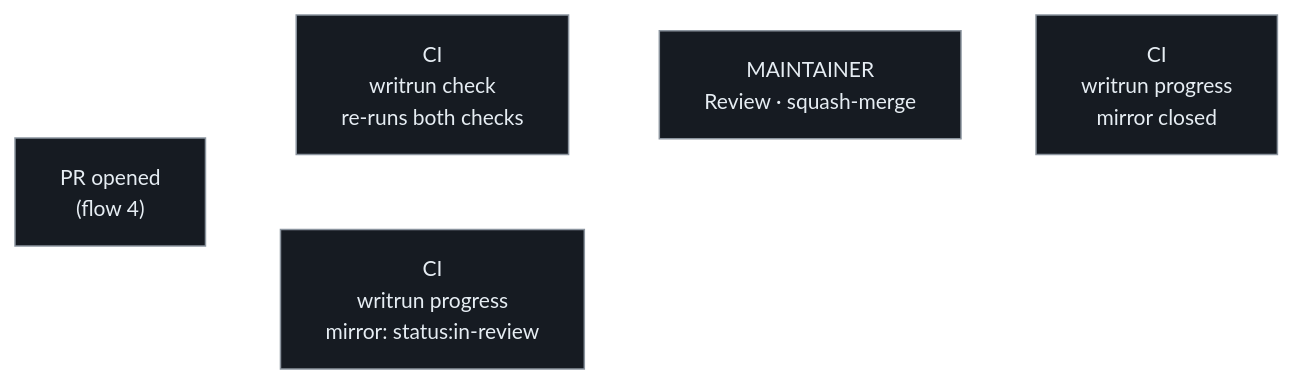
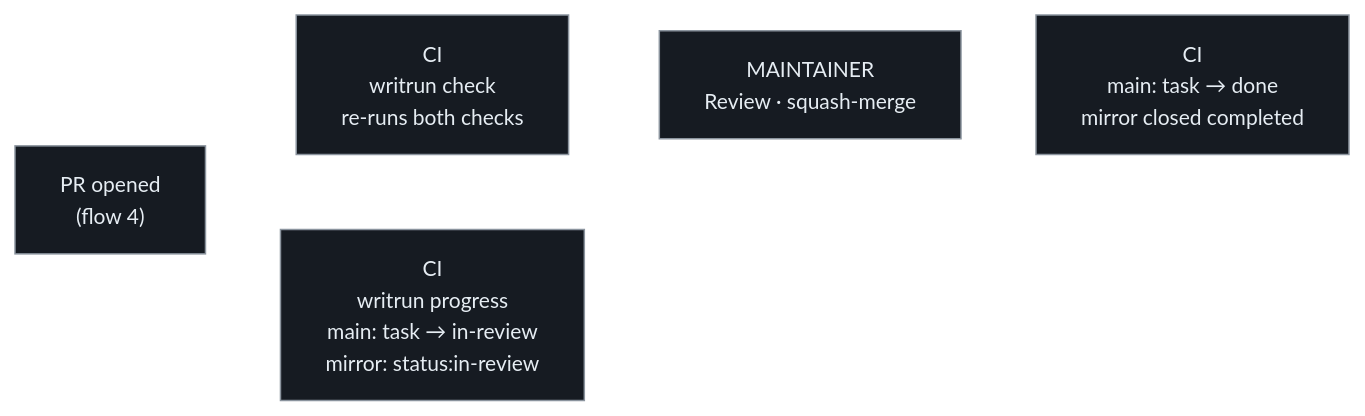
One commit to thomasfranke/writrun changed the first of 2 diagrams in docs/product/pull-requests/review.md. Above: the diagram before and after it, drawn with Mermaid. The commit also changed other lines of this file and 20 other files, not shown here.

````diff
--- a/docs/product/pull-requests/review.md
+++ b/docs/product/pull-requests/review.md
@@ -20,11 +22,11 @@
 ```mermaid
 %%{init: {'theme':'base','themeVariables':{'background':'#0d1117','primaryColor':'#161b22','primaryTextColor':'#e6edf3','primaryBorderColor':'#8b949e','lineColor':'#ffffff','secondaryColor':'#161b22','tertiaryColor':'#161b22','fontSize':'14px'}}}%%
 flowchart LR
     P["PR opened<br/>(flow 4)"]
     G["CI<br/>writrun check<br/>re-runs both checks"]
-    G2["CI<br/>writrun progress<br/>mirror: status:in-review"]
+    G2["CI<br/>writrun progress<br/>main: task → in-review<br/>mirror: status:in-review"]
     H["MAINTAINER<br/>Review · squash-merge"]
-    I["CI<br/>writrun progress<br/>mirror closed"]
+    I["CI<br/>main: task → done<br/>mirror closed completed"]
     P --> G --> H --> I
     P --> G2
 ```
````
